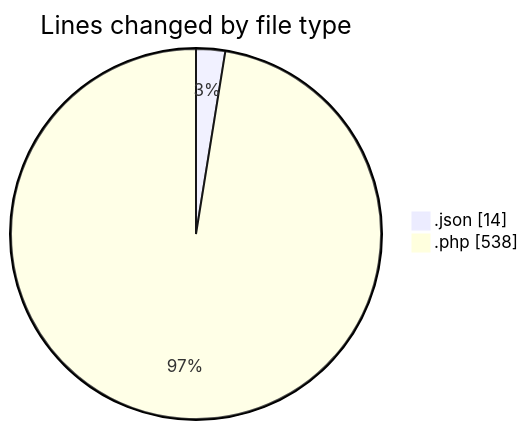
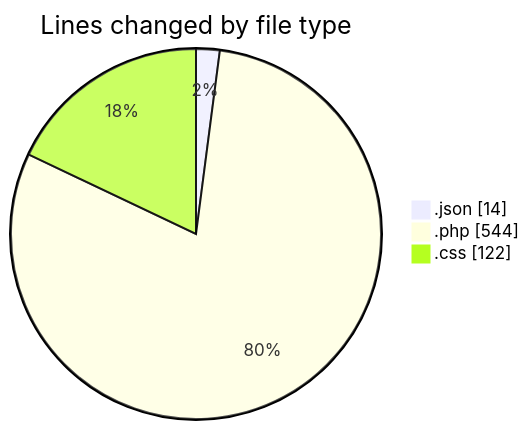
The first of 2 diagrams in 2026-07-27/untitled__workspace_/README.md (debugP/code-tracking), drawn with Mermaid before and after one commit. The commit also changed other lines of this file and 1 other file, not shown here.

````diff
--- a/2026-07-27/untitled__workspace_/README.md
+++ b/2026-07-27/untitled__workspace_/README.md
@@ -22,6 +23,7 @@
 ```mermaid
 pie showData
 title Lines changed by file type
 ".json" : 14
-".php" : 538
+".php" : 544
+".css" : 122
 ```
````
